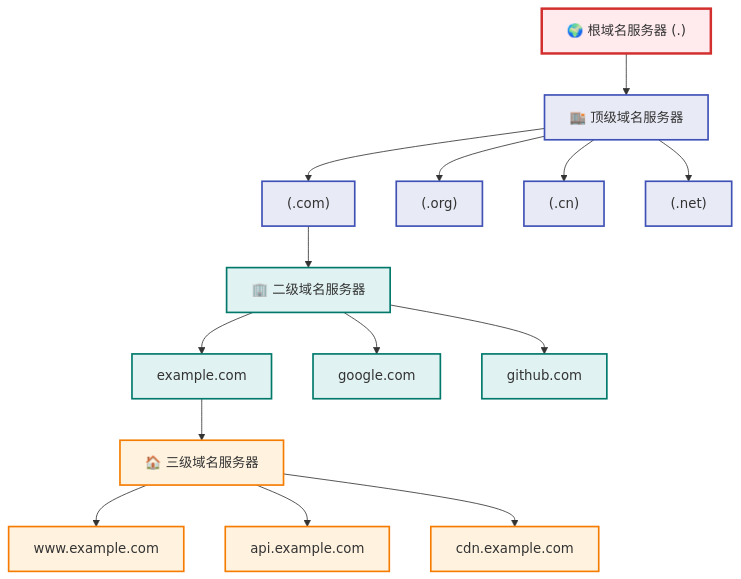
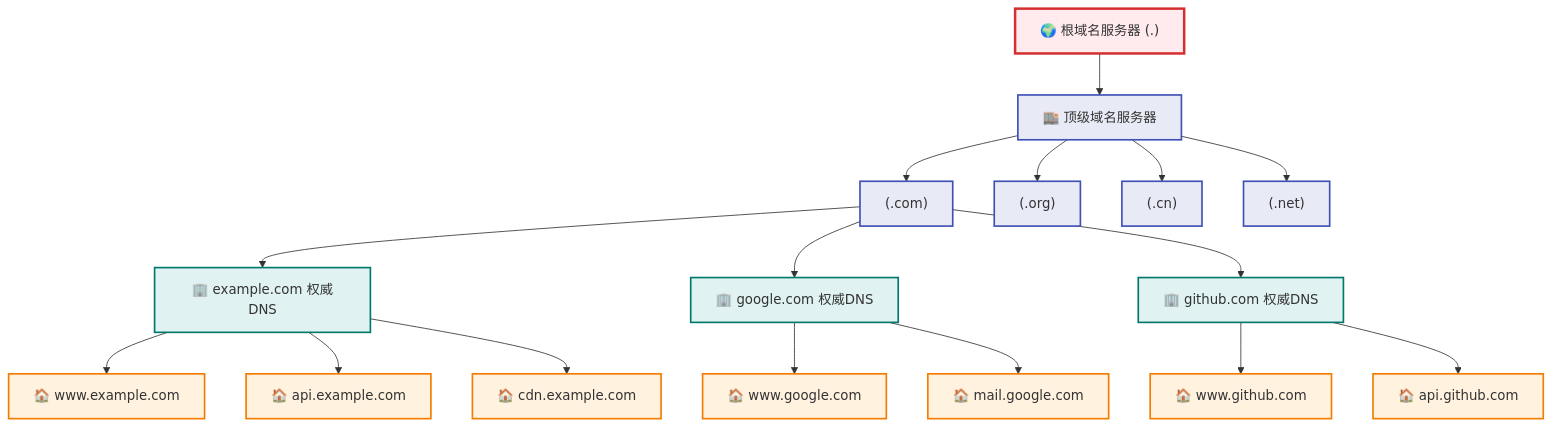
The fourth of 11 diagrams in 前端网络相关知识.md (wangrenren611/interview), drawn with Mermaid before and after one commit. The commit also changed 1 other file, not shown here.

Commit message:
feat(architecture): 深入实践React组件设计原则和现代构建工具
- 深入讲解React单一职责原则(SRP)的违反与重构示例
- 分离数据获取、验证、格式化和UI渲染职责提高组件可维护性
- 通过Hook与工具函数实现职责清晰的组件设计结构
- 介绍SOLID原则在React组件设计中的综合应用与示例
- 展示策略模式、接口隔离和依赖倒置原则在组件设计中的实践
- 提供2025年Vite相较Webpack的性能优势和核心技术分析
- 详细说明Vite项目初始化、配置、环境变量管理与插件生态
- 介绍Vite构建性能优化与开发体验增强的最佳实践
- 总结不同规模项目状态管理方案的选择及React 18/19新特性应用
- 展示 Zustand 企业级状态管理实践，结合多中间件实现复杂状态管理

````diff
--- a/前端网络相关知识.md
+++ b/前端网络相关知识.md
@@ -731,28 +731,32 @@
 ```mermaid
 flowchart TD
     A["🌍 根域名服务器 (.)"] --> B["🏬 顶级域名服务器"]
     B --> C["(.com)"]
     B --> D["(.org)"]
     B --> E["(.cn)"]
     B --> F["(.net)"]
     
-    C --> G["🏢 二级域名服务器"]
-    G --> H["example.com"]
-    G --> I["google.com"]
-    G --> J["github.com"]
+    C --> H["🏢 example.com 权威DNS"]
+    C --> I["🏢 google.com 权威DNS"]
+    C --> J["🏢 github.com 权威DNS"]
     
-    H --> K["🏠 三级域名服务器"]
-    K --> L["www.example.com"]
-    K --> M["api.example.com"]
-    K --> N["cdn.example.com"]
+    H --> L["🏠 www.example.com"]
+    H --> M["🏠 api.example.com"]
+    H --> N["🏠 cdn.example.com"]
+    
+    I --> O["🏠 www.google.com"]
+    I --> P["🏠 mail.google.com"]
+    
+    J --> Q["🏠 www.github.com"]
+    J --> R["🏠 api.github.com"]
     
     classDef root fill:#ffebee,stroke:#d32f2f,stroke-width:3px
     classDef tld fill:#e8eaf6,stroke:#3f51b5,stroke-width:2px
-    classDef domain fill:#e0f2f1,stroke:#00796b,stroke-width:2px
+    classDef authoritative fill:#e0f2f1,stroke:#00796b,stroke-width:2px
     classDef subdomain fill:#fff3e0,stroke:#f57c00,stroke-width:2px
     
     class A root
     class B,C,D,E,F tld
-    class G,H,I,J domain
-    class K,L,M,N subdomain
+    class H,I,J authoritative
+    class L,M,N,O,P,Q,R subdomain
 ```
````
